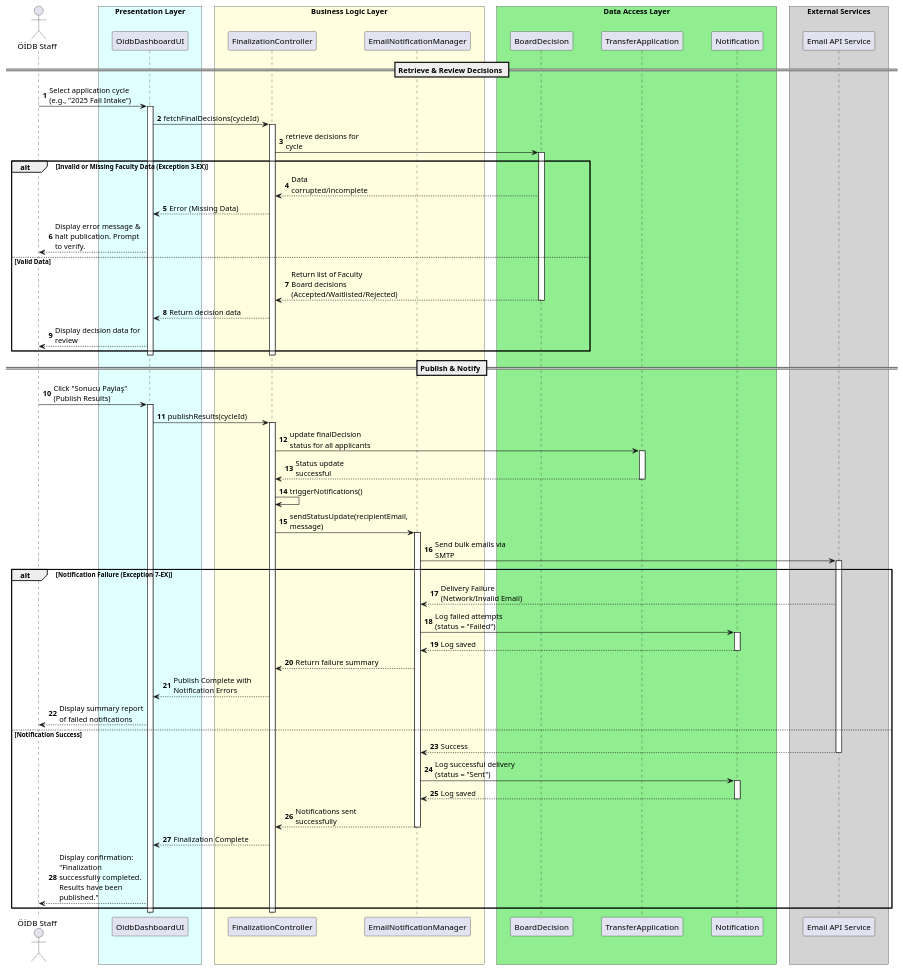
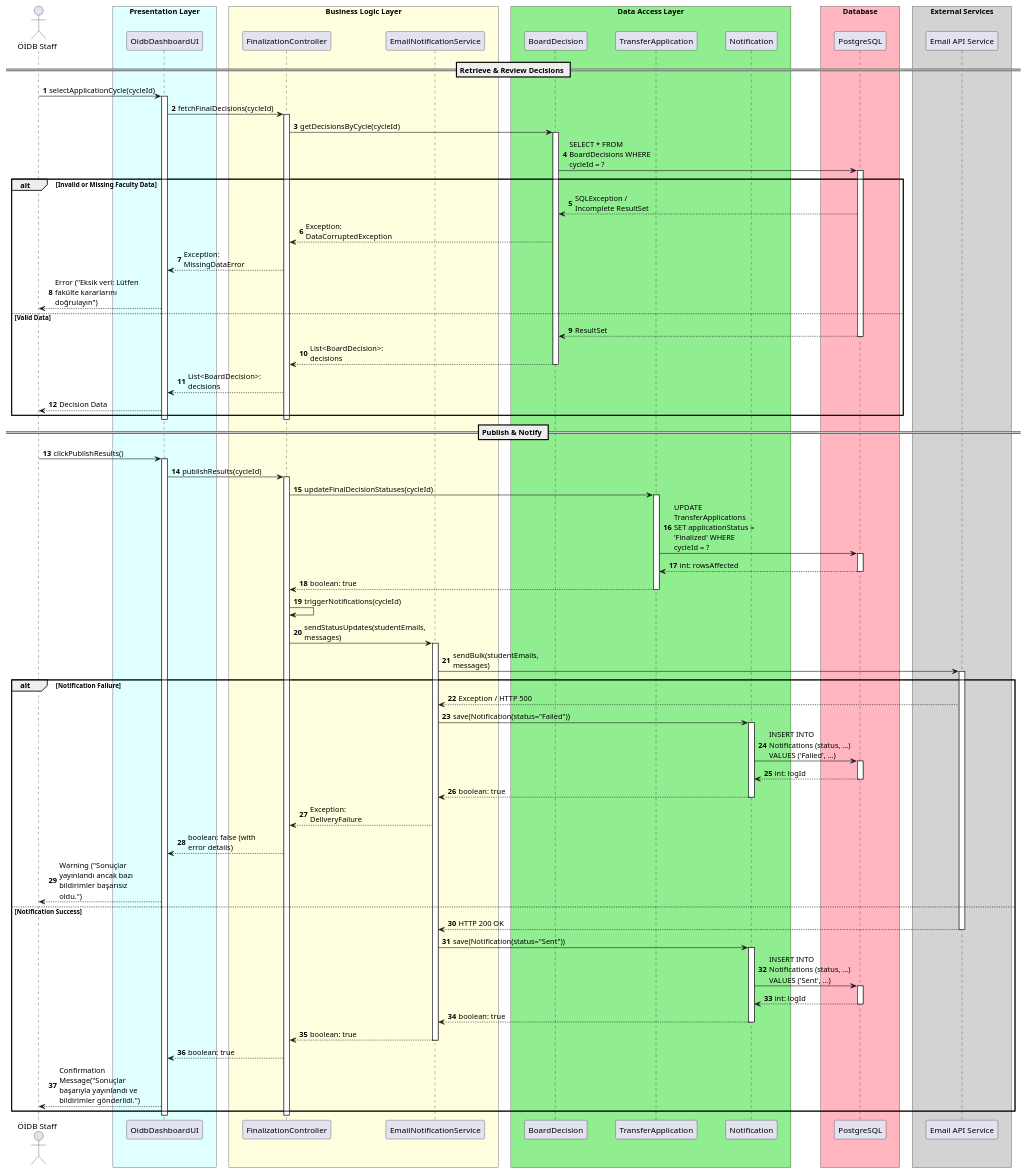
Before and after one commit to UTMS-G02/utms: the diagram in docs/uml/uc-6.puml, drawn with PlantUML. The commit also changed 4 other files, not shown here.

```diff
--- a/docs/uml/uc-6.puml
+++ b/docs/uml/uc-6.puml
@@ -1,102 +1,129 @@
 @startuml uc-6
 autonumber
 skinparam maxMessageSize 150
 skinparam ParticipantPadding 20
 skinparam BoxPadding 10
 
 actor "ÖİDB Staff" as Staff
 
 box "Presentation Layer" #LightCyan
 participant "OidbDashboardUI" as UI
 end box
 
 box "Business Logic Layer" #LightYellow
 participant "FinalizationController" as Controller
-participant "EmailNotificationManager" as EmailService
+participant "EmailNotificationService" as EmailService
 end box
 
 box "Data Access Layer" #LightGreen
 participant "BoardDecision" as DecisionDB
 participant "TransferApplication" as AppDB
 participant "Notification" as LogDB
 end box
 
+box "Database" #LightPink
+participant "PostgreSQL" as DB
+end box
+
 box "External Services" #LightGray
 participant "Email API Service" as ExternalEmail
 end box
 
 == Retrieve & Review Decisions ==
 
-Staff -> UI: Select application cycle (e.g., "2025 Fall Intake")
+Staff -> UI: selectApplicationCycle(cycleId)
 activate UI
 
 UI -> Controller: fetchFinalDecisions(cycleId)
 activate Controller
 
-Controller -> DecisionDB: retrieve decisions for cycle
+Controller -> DecisionDB: getDecisionsByCycle(cycleId)
 activate DecisionDB
 
-alt Invalid or Missing Faculty Data (Exception 3-EX)
-    DecisionDB --> Controller: Data corrupted/incomplete
-    Controller --> UI: Error (Missing Data)
-    UI --> Staff: Display error message & halt publication. Prompt to verify.
+DecisionDB -> DB: SELECT * FROM BoardDecisions WHERE cycleId = ?
+activate DB
+
+alt Invalid or Missing Faculty Data 
+    DB --> DecisionDB: SQLException / Incomplete ResultSet
+    DecisionDB --> Controller: Exception: DataCorruptedException
+    Controller --> UI: Exception: MissingDataError
+    UI --> Staff: Error ("Eksik veri: Lütfen fakülte kararlarını doğrulayın")
 else Valid Data
-    DecisionDB --> Controller: Return list of Faculty Board decisions (Accepted/Waitlisted/Rejected)
+    DB --> DecisionDB: ResultSet
+    deactivate DB
+    
+    DecisionDB --> Controller: List<BoardDecision>: decisions
     deactivate DecisionDB
     
-    Controller --> UI: Return decision data
-    UI --> Staff: Display decision data for review
+    Controller --> UI: List<BoardDecision>: decisions
+    UI --> Staff: Decision Data
 end
 
 deactivate Controller
 deactivate UI
 
 == Publish & Notify ==
 
-Staff -> UI: Click "Sonucu Paylaş" (Publish Results)
+Staff -> UI: clickPublishResults()
 activate UI
 
 UI -> Controller: publishResults(cycleId)
 activate Controller
 
-Controller -> AppDB: update finalDecision status for all applicants
+Controller -> AppDB: updateFinalDecisionStatuses(cycleId)
 activate AppDB
-AppDB --> Controller: Status update successful
+
+AppDB -> DB: UPDATE TransferApplications SET applicationStatus = 'Finalized' WHERE cycleId = ?
+activate DB
+DB --> AppDB: int: rowsAffected
+deactivate DB
+
+AppDB --> Controller: boolean: true
 deactivate AppDB
 
-Controller -> Controller: triggerNotifications()
-Controller -> EmailService: sendStatusUpdate(recipientEmail, message)
+Controller -> Controller: triggerNotifications(cycleId)
+Controller -> EmailService: sendStatusUpdates(studentEmails, messages)
 activate EmailService
 
-EmailService -> ExternalEmail: Send bulk emails via SMTP
+EmailService -> ExternalEmail: sendBulk(studentEmails, messages)
 activate ExternalEmail
 
-alt Notification Failure (Exception 7-EX)
-    ExternalEmail --> EmailService: Delivery Failure (Network/Invalid Email)
-    EmailService -> LogDB: Log failed attempts (status = "Failed")
+alt Notification Failure 
+    ExternalEmail --> EmailService: Exception / HTTP 500
+    
+    EmailService -> LogDB: save(Notification(status="Failed"))
     activate LogDB
-    LogDB --> EmailService: Log saved
+    LogDB -> DB: INSERT INTO Notifications (status, ...) VALUES ('Failed', ...)
+    activate DB
+    DB --> LogDB: int: logId
+    deactivate DB
+    LogDB --> EmailService: boolean: true
     deactivate LogDB
     
-    EmailService --> Controller: Return failure summary
-    Controller --> UI: Publish Complete with Notification Errors
-    UI --> Staff: Display summary report of failed notifications
+    EmailService --> Controller: Exception: DeliveryFailure
+    Controller --> UI: boolean: false (with error details)
+    UI --> Staff: Warning ("Sonuçlar yayınlandı ancak bazı bildirimler başarısız oldu.")
 else Notification Success
-    ExternalEmail --> EmailService: Success
+    ExternalEmail --> EmailService: HTTP 200 OK
     deactivate ExternalEmail
-    EmailService -> LogDB: Log successful delivery (status = "Sent")
+    
+    EmailService -> LogDB: save(Notification(status="Sent"))
     activate LogDB
-    LogDB --> EmailService: Log saved
+    LogDB -> DB: INSERT INTO Notifications (status, ...) VALUES ('Sent', ...)
+    activate DB
+    DB --> LogDB: int: logId
+    deactivate DB
+    LogDB --> EmailService: boolean: true
     deactivate LogDB
     
-    EmailService --> Controller: Notifications sent successfully
+    EmailService --> Controller: boolean: true
     deactivate EmailService
     
-    Controller --> UI: Finalization Complete
-    UI --> Staff: Display confirmation: "Finalization successfully completed. Results have been published."
+    Controller --> UI: boolean: true
+    UI --> Staff: Confirmation Message("Sonuçlar başarıyla yayınlandı ve bildirimler gönderildi.")
 end
 
 deactivate Controller
 deactivate UI
 
 @enduml
```
